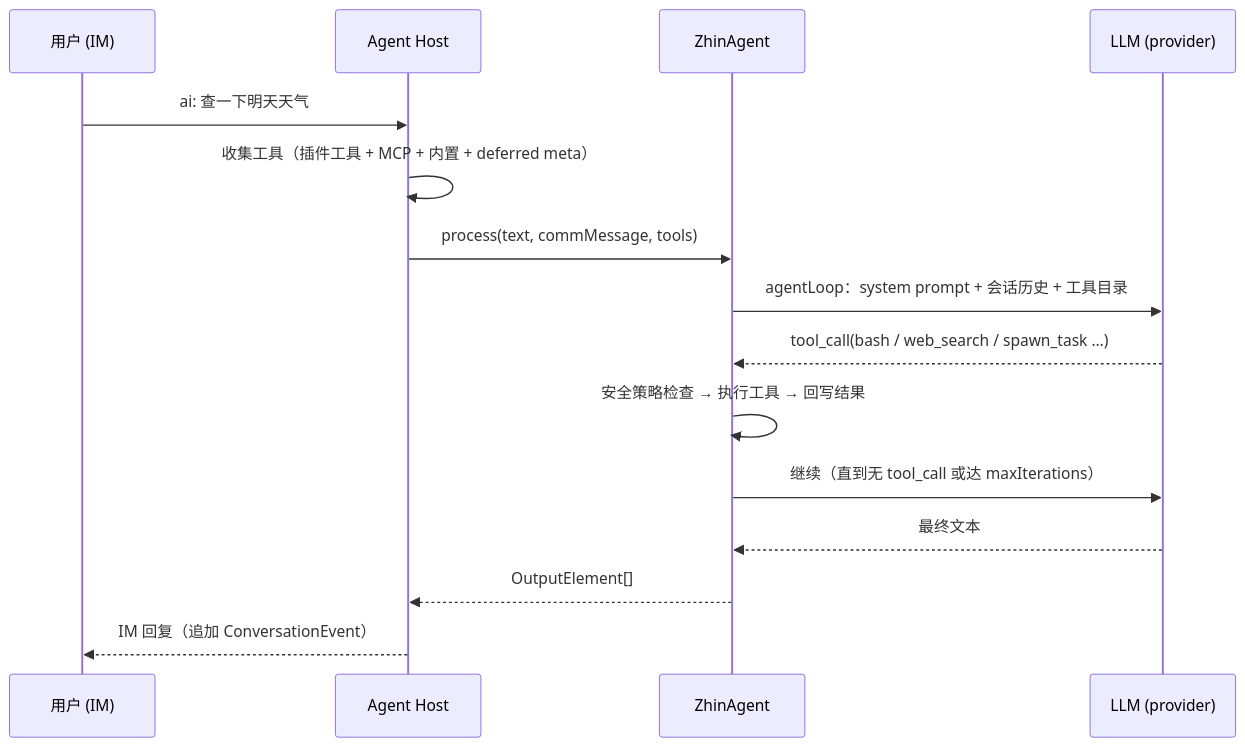
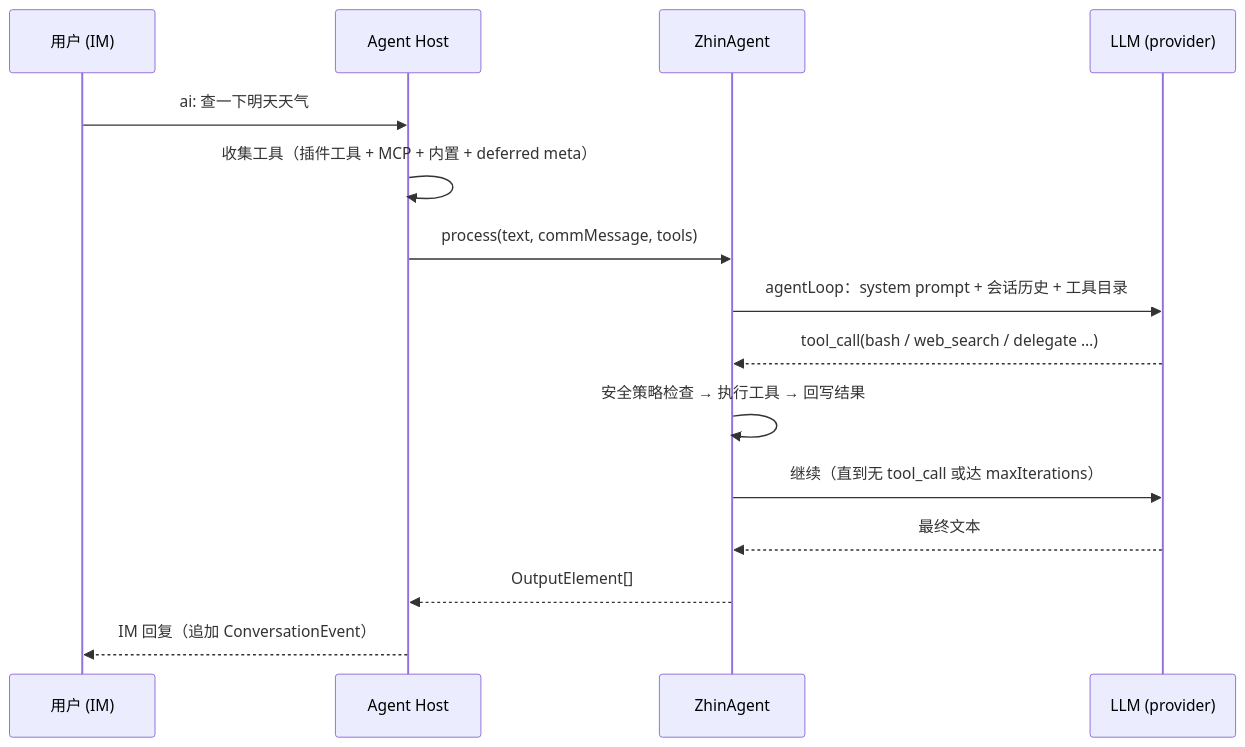
Before and after one commit to zhinjs/zhin: the diagram in docs/ai/agent.md, drawn with Mermaid. The commit also changed other lines of this file and 54 other files, not shown here.

First line of the commit message:
refactor(agent): delete spawn_task surface for ADR 0048 H2

````diff
--- a/docs/ai/agent.md
+++ b/docs/ai/agent.md
@@ -56,17 +56,17 @@
 ```mermaid
 sequenceDiagram
     participant U as 用户 (IM)
     participant H as Agent Host
     participant Z as ZhinAgent
     participant L as LLM (provider)
     U->>H: ai: 查一下明天天气
     H->>H: 收集工具（插件工具 + MCP + 内置 + deferred meta）
     H->>Z: process(text, commMessage, tools)
     Z->>L: agentLoop：system prompt + 会话历史 + 工具目录
-    L-->>Z: tool_call(bash / web_search / spawn_task …)
+    L-->>Z: tool_call(bash / web_search / delegate …)
     Z->>Z: 安全策略检查 → 执行工具 → 回写结果
     Z->>L: 继续（直到无 tool_call 或达 maxIterations）
     L-->>Z: 最终文本
     Z-->>H: OutputElement[]
     H-->>U: IM 回复（追加 ConversationEvent）
 ```
````
